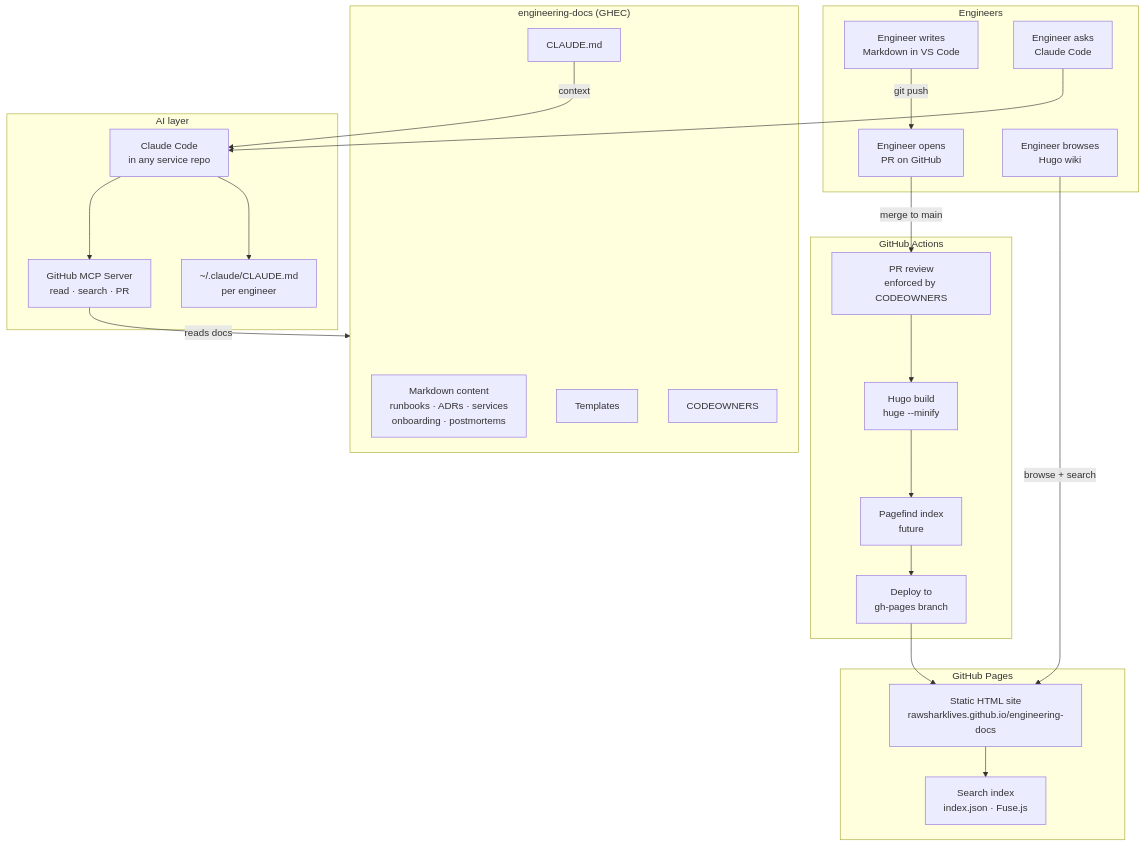
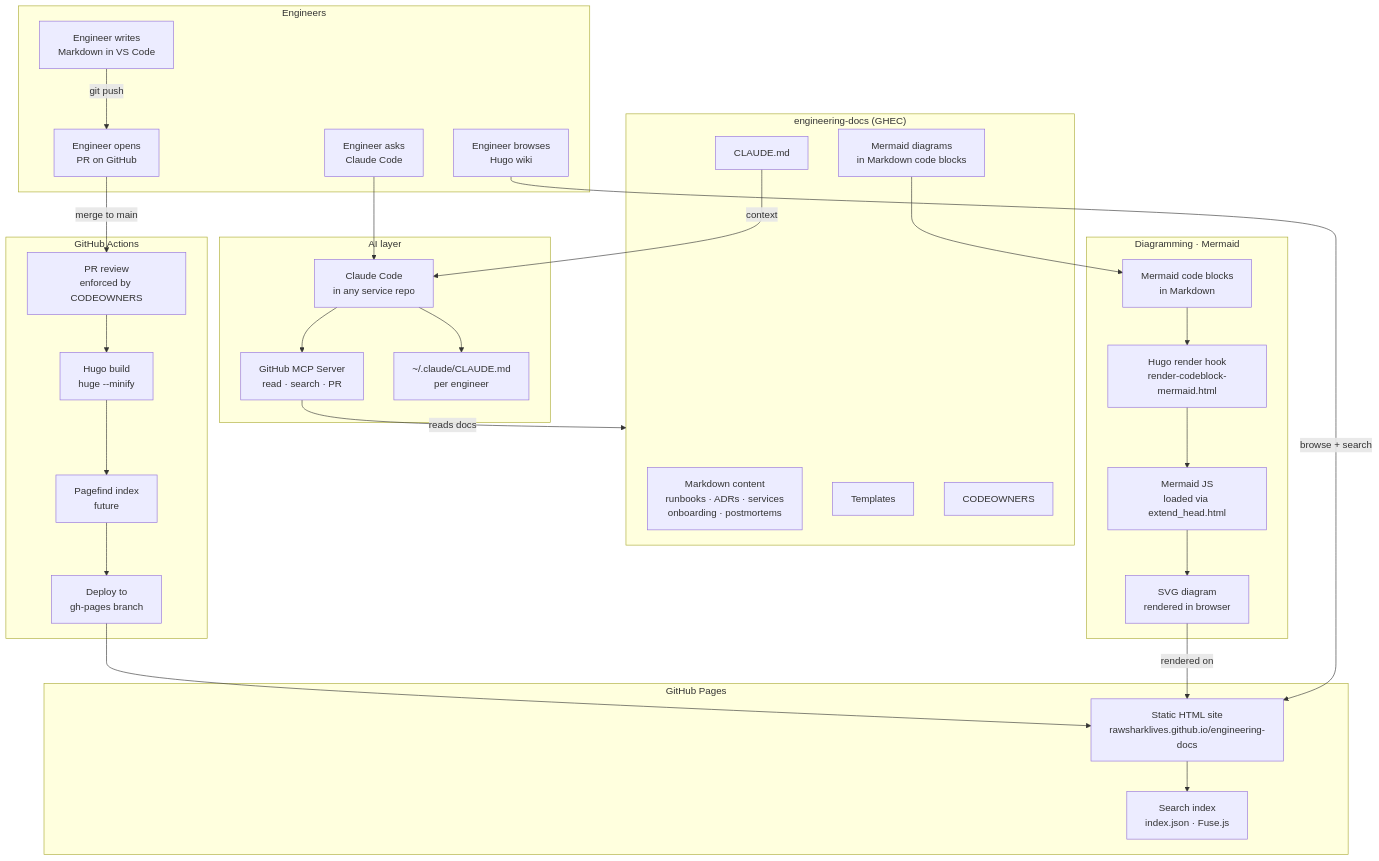
Before and after one commit to rawsharklives/engineering-docs: the diagram in content/adr/adr-001-engineering-documentation-platform.md, drawn with Mermaid.

Commit message:
Add Mermaid diagramming subgraph to platform overview diagram

````diff
--- a/content/adr/adr-001-engineering-documentation-platform.md
+++ b/content/adr/adr-001-engineering-documentation-platform.md
@@ -137,48 +137,61 @@
 ```mermaid
 flowchart TD
     subgraph Engineers["Engineers"]
         E1[Engineer writes\nMarkdown in VS Code]
         E2[Engineer opens\nPR on GitHub]
         E3[Engineer browses\nHugo wiki]
         E4[Engineer asks\nClaude Code]
     end
 
     subgraph Repo["engineering-docs (GHEC)"]
         MD[Markdown content\nrunbooks · ADRs · services\nonboarding · postmortems]
+        DIAGRAMS[Mermaid diagrams\nin Markdown code blocks]
         TMPL[Templates]
         CLAUDE_MD[CLAUDE.md]
         CO[CODEOWNERS]
+    end
+
+    subgraph Mermaid["Diagramming · Mermaid"]
+        MERMAID_SRC[Mermaid code blocks\nin Markdown]
+        RENDER_HOOK[Hugo render hook\nrender-codeblock-mermaid.html]
+        MERMAID_JS[Mermaid JS\nloaded via extend_head.html]
+        SVG[SVG diagram\nrendered in browser]
     end
 
     subgraph CI["GitHub Actions"]
         PR_CHECK[PR review\nenforced by CODEOWNERS]
         BUILD[Hugo build\nhuge --minify]
         PAGEFIND[Pagefind index\nfuture]
         DEPLOY[Deploy to\ngh-pages branch]
     end
 
     subgraph Pages["GitHub Pages"]
         SITE[Static HTML site\nrawsharklives.github.io/engineering-docs]
         SEARCH[Search index\nindex.json · Fuse.js]
     end
 
     subgraph AI["AI layer"]
         MCP[GitHub MCP Server\nread · search · PR]
         CC[Claude Code\nin any service repo]
         GLOBAL_MD[~/.claude/CLAUDE.md\nper engineer]
     end
 
     E1 -->|git push| E2
     E2 -->|merge to main| PR_CHECK
     PR_CHECK --> BUILD
     BUILD --> PAGEFIND
     PAGEFIND --> DEPLOY
     DEPLOY --> SITE
     SITE --> SEARCH
+    DIAGRAMS --> MERMAID_SRC
+    MERMAID_SRC --> RENDER_HOOK
+    RENDER_HOOK --> MERMAID_JS
+    MERMAID_JS --> SVG
+    SVG -->|rendered on| SITE
     E3 -->|browse + search| SITE
     E4 --> CC
     CC --> GLOBAL_MD
     CC --> MCP
     MCP -->|reads docs| Repo
     CLAUDE_MD -->|context| CC
 ```
````
